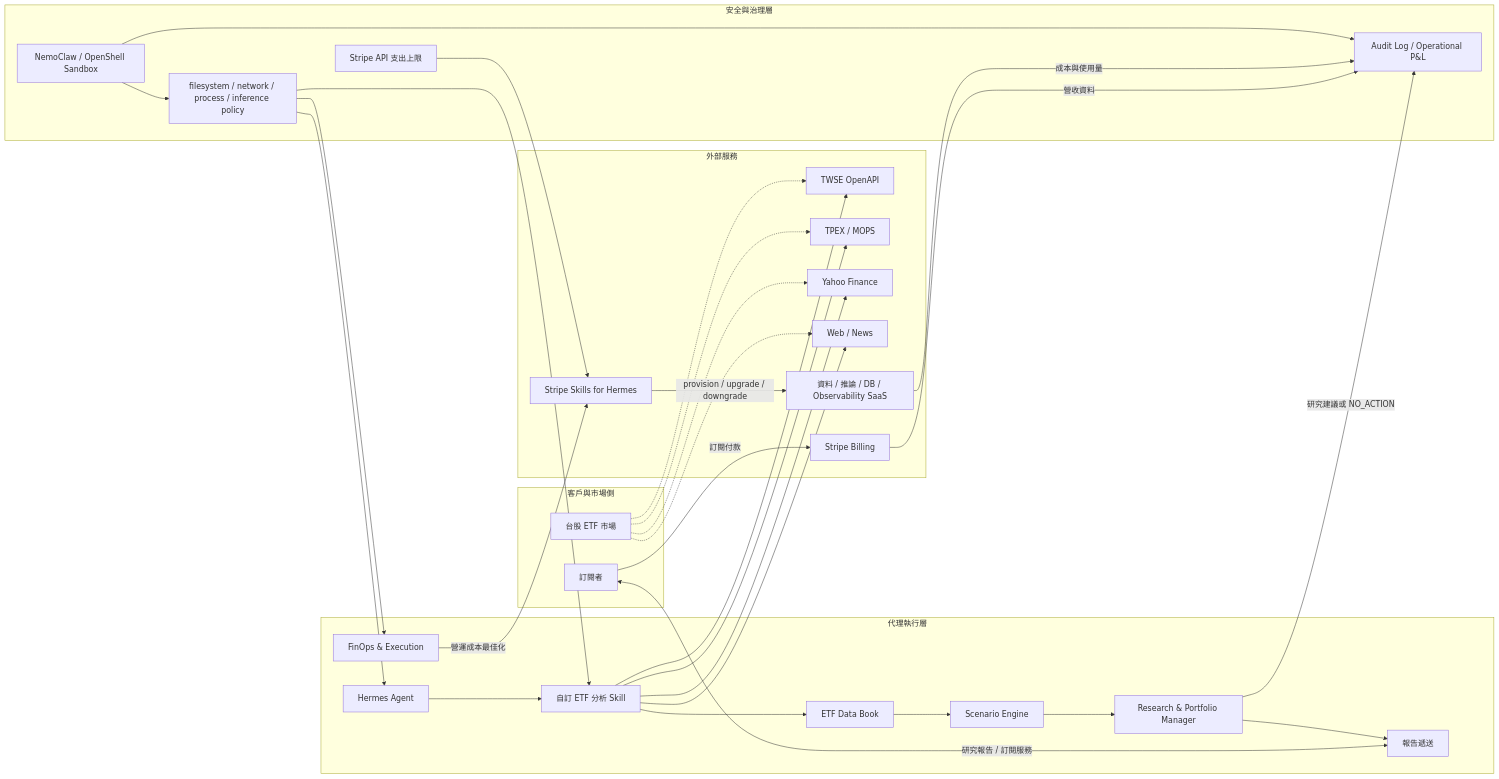
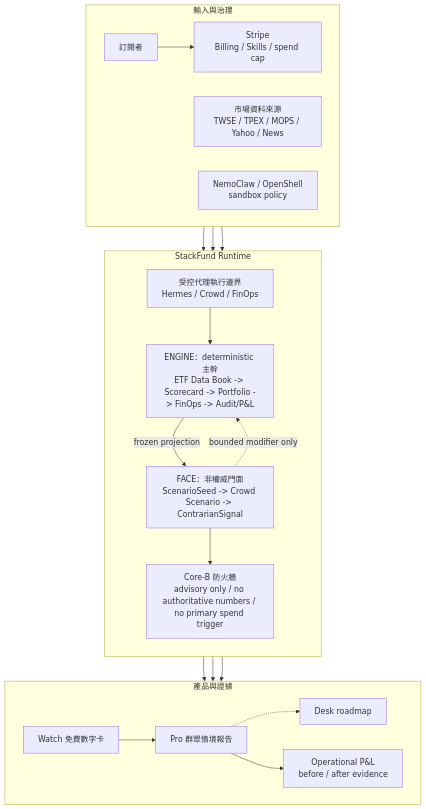
The first of 10 diagrams in doc/StackFund_架構分析_Mermaid.md (Silavater/stack_fund_agent), drawn with Mermaid before and after one commit. The commit also changed other lines of this file, not shown here.

````diff
--- a/doc/StackFund_架構分析_Mermaid.md
+++ b/doc/StackFund_架構分析_Mermaid.md
@@ -34,66 +43,41 @@
 ```mermaid
-flowchart LR
-    subgraph CustomerSide["客戶與市場側"]
+flowchart TB
+    subgraph Inputs["輸入與治理"]
+        direction LR
         Subscriber["訂閱者"]
-        ETFMarket["台股 ETF 市場"]
+        MarketSources["市場資料來源<br/>TWSE / TPEX / MOPS / Yahoo / News"]
+        StripeLayer["Stripe<br/>Billing / Skills / spend cap"]
+        Sandbox["NemoClaw / OpenShell<br/>sandbox policy"]
     end
 
-    subgraph Runtime["代理執行層"]
-        Hermes["Hermes Agent"]
-        ETFSkill["自訂 ETF 分析 Skill"]
-        DataBook["ETF Data Book"]
-        ScenarioEngine["Scenario Engine"]
-        ResearchManager["Research & Portfolio Manager"]
-        FinOps["FinOps & Execution"]
-        ReportDelivery["報告遞送"]
+    subgraph Runtime["StackFund Runtime"]
+        direction TB
+        Boundary["受控代理執行邊界<br/>Hermes / Crowd / FinOps"]
+        Engine["ENGINE：deterministic 主幹<br/>ETF Data Book -> Scorecard -> Portfolio -> FinOps -> Audit/P&L"]
+        Face["FACE：非權威門面<br/>ScenarioSeed -> Crowd Scenario -> ContrarianSignal"]
+        Firewall["Core-B 防火牆<br/>advisory only / no authoritative numbers / no primary spend trigger"]
+
+        Boundary --> Engine
+        Engine -->|"frozen projection"| Face
+        Face -.->|"bounded modifier only"| Engine
+        Face --> Firewall
     end
 
-    subgraph Safety["安全與治理層"]
-        OpenShell["NemoClaw / OpenShell Sandbox"]
-        Policy["filesystem / network / process / inference policy"]
-        StripeLimits["Stripe API 支出上限"]
-        AuditLog["Audit Log / Operational P&L"]
+    subgraph Outputs["產品與證據"]
+        direction LR
+        Watch["Watch 免費數字卡"]
+        Pro["Pro 群眾情境報告"]
+        Desk["Desk roadmap"]
+        PNL["Operational P&L<br/>before / after evidence"]
+        Watch --> Pro -.-> Desk
+        Pro --> PNL
     end
 
-    subgraph External["外部服務"]
-        TWSE["TWSE OpenAPI"]
-        TPEX["TPEX / MOPS"]
-        Yahoo["Yahoo Finance"]
-        News["Web / News"]
-        StripeBilling["Stripe Billing"]
-        StripeSkills["Stripe Skills for Hermes"]
-        SaaS["資料 / 推論 / DB / Observability SaaS"]
-    end
-
-    Subscriber -->|"訂閱付款"| StripeBilling
-    StripeBilling -->|"營收資料"| AuditLog
-    Subscriber <-->|"研究報告 / 訂閱服務"| ReportDelivery
-
-    Hermes --> ETFSkill
-    ETFSkill --> DataBook
-    DataBook --> ScenarioEngine
-    ScenarioEngine --> ResearchManager
-    ResearchManager --> ReportDelivery
-    ResearchManager -->|"研究建議或 NO_ACTION"| AuditLog
-
-    FinOps -->|"營運成本最佳化"| StripeSkills
-    StripeSkills -->|"provision / upgrade / downgrade"| SaaS
-    SaaS -->|"成本與使用量"| AuditLog
-
-    ETFMarket -.-> TWSE
-    ETFMarket -.-> TPEX
-    ETFMarket -.-> Yahoo
-    ETFMarket -.-> News
-
-    ETFSkill --> TWSE
-    ETFSkill --> TPEX
-    ETFSkill --> Yahoo
-    ETFSkill --> News
-
-    OpenShell --> Policy
-    Policy --> Hermes
-    Policy --> ETFSkill
-    Policy --> FinOps
-    StripeLimits --> StripeSkills
-    OpenShell --> AuditLog
+    Subscriber --> StripeLayer
+    MarketSources --> Boundary
+    StripeLayer --> Boundary
+    Sandbox --> Boundary
+    Engine --> Watch
+    Engine --> Pro
+    Engine --> PNL
 ```
````
